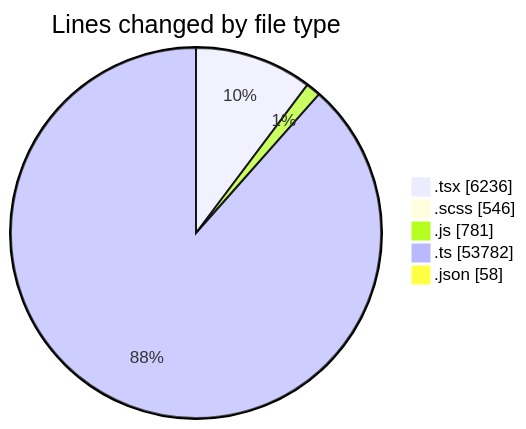
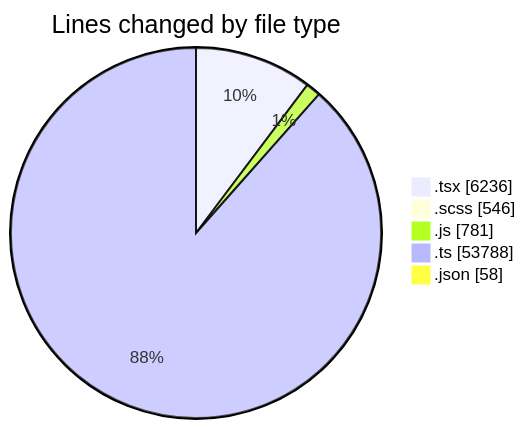
The first of 2 diagrams in 2025-11-11/cda/README.md (momahboobian/code-tracking), drawn with Mermaid before and after one commit. The commit also changed other lines of this file and 1 other file, not shown here.

````diff
--- a/2025-11-11/cda/README.md
+++ b/2025-11-11/cda/README.md
@@ -42,9 +42,9 @@
 ```mermaid
 pie showData
 title Lines changed by file type
 ".tsx" : 6236
 ".scss" : 546
 ".js" : 781
-".ts" : 53782
+".ts" : 53788
 ".json" : 58
 ```
````
